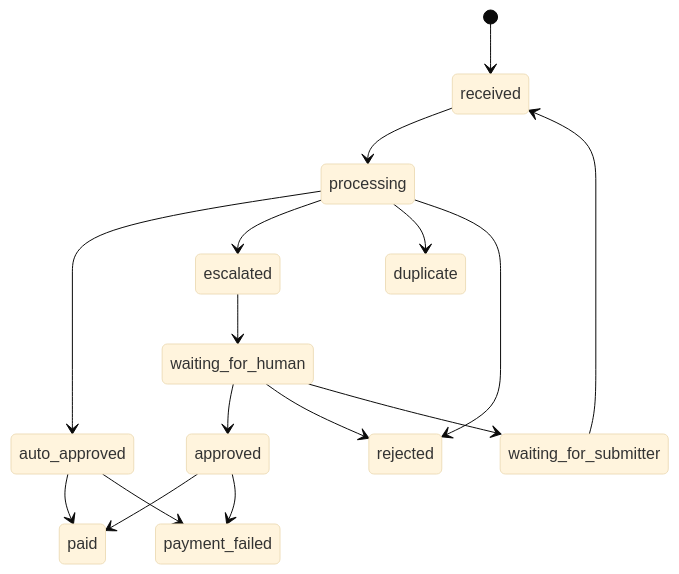
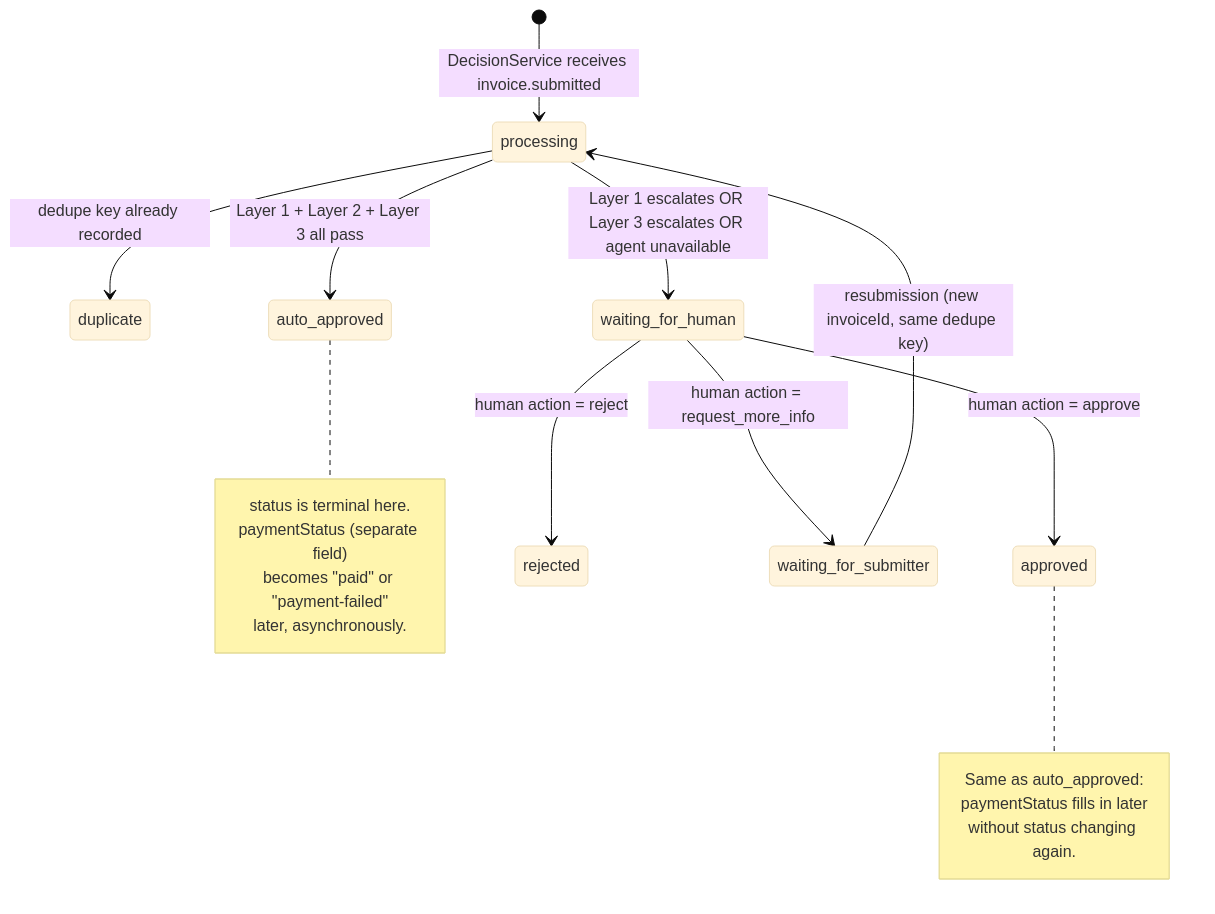
Before and after one commit to Devora9249/ApprovalFlow: the fifth of 6 diagrams in ARCHITECTURE.md, drawn with Mermaid (base theme). The commit also changed other lines of this file and 23 other files, not shown here.

````diff
--- a/ARCHITECTURE.md
+++ b/ARCHITECTURE.md
@@ -322,18 +347,23 @@
 ```mermaid
 stateDiagram-v2
-    [*] --> received
-    received --> processing
-    processing --> auto_approved
-    processing --> escalated
-    processing --> duplicate
-    processing --> rejected
-    escalated --> waiting_for_human
-    waiting_for_human --> approved
-    waiting_for_human --> rejected
-    waiting_for_human --> waiting_for_submitter
-    waiting_for_submitter --> received
-    approved --> paid
-    approved --> payment_failed
-    auto_approved --> paid
-    auto_approved --> payment_failed
+    [*] --> processing: DecisionService receives invoice.submitted
+    processing --> duplicate: dedupe key already recorded
+    processing --> waiting_for_human: Layer 1 escalates OR Layer 3 escalates OR agent unavailable
+    processing --> auto_approved: Layer 1 + Layer 2 + Layer 3 all pass
+    waiting_for_human --> approved: human action = approve
+    waiting_for_human --> rejected: human action = reject
+    waiting_for_human --> waiting_for_submitter: human action = request_more_info
+    waiting_for_submitter --> processing: resubmission (new invoiceId, same dedupe key)
+
+    note right of auto_approved
+        status is terminal here.
+        paymentStatus (separate field)
+        becomes "paid" or "payment-failed"
+        later, asynchronously.
+    end note
+    note right of approved
+        Same as auto_approved:
+        paymentStatus fills in later
+        without status changing again.
+    end note
 ```
````
